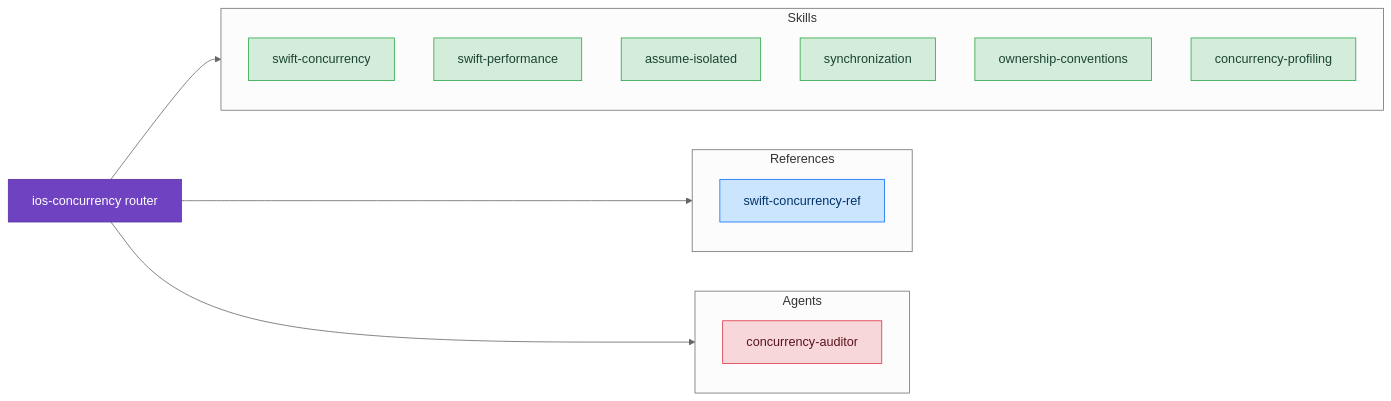
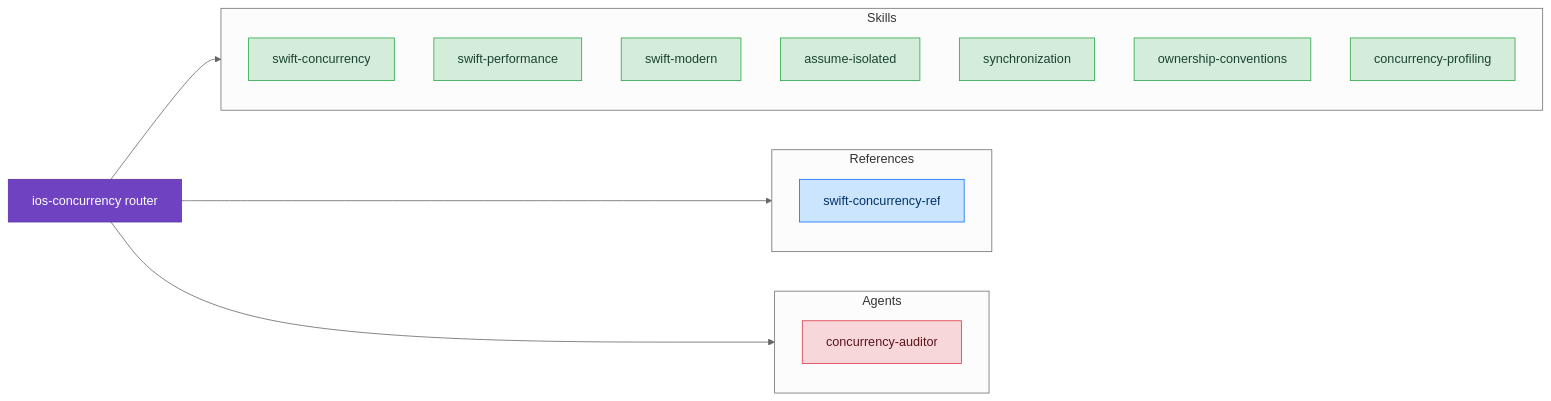
One commit to CharlesWiltgen/Axiom changed the diagram in docs/skills/concurrency/index.md. Above: the diagram before and after it, drawn with Mermaid (neutral theme). The commit also changed other lines of this file and 9 other files, not shown here.

First line of the commit message:
feat: add axiom-swift-modern skill and mine content gaps into existing skills

````diff
--- a/docs/skills/concurrency/index.md
+++ b/docs/skills/concurrency/index.md
@@ -5,29 +5,30 @@
 ```mermaid
 flowchart LR
     classDef router fill:#6f42c1,stroke:#5a32a3,color:#fff
     classDef discipline fill:#d4edda,stroke:#28a745,color:#1b4332
     classDef reference fill:#cce5ff,stroke:#0d6efd,color:#003366
     classDef agent fill:#f8d7da,stroke:#dc3545,color:#58151c
 
     axiom_ios_concurrency["ios-concurrency router"]:::router
 
     subgraph skills_d["Skills"]
         swift_concurrency["swift-concurrency"]:::discipline
         swift_performance["swift-performance"]:::discipline
+        swift_modern["swift-modern"]:::discipline
         assume_isolated["assume-isolated"]:::discipline
         synchronization["synchronization"]:::discipline
         ownership_conventions["ownership-conventions"]:::discipline
         concurrency_profiling["concurrency-profiling"]:::discipline
     end
     axiom_ios_concurrency --> skills_d
 
     subgraph skills_r["References"]
         swift_concurrency_ref["swift-concurrency-ref"]:::reference
     end
     axiom_ios_concurrency --> skills_r
 
     subgraph agents_sg["Agents"]
         agent_ca["concurrency-auditor"]:::agent
     end
     axiom_ios_concurrency --> agents_sg
 ```
````
